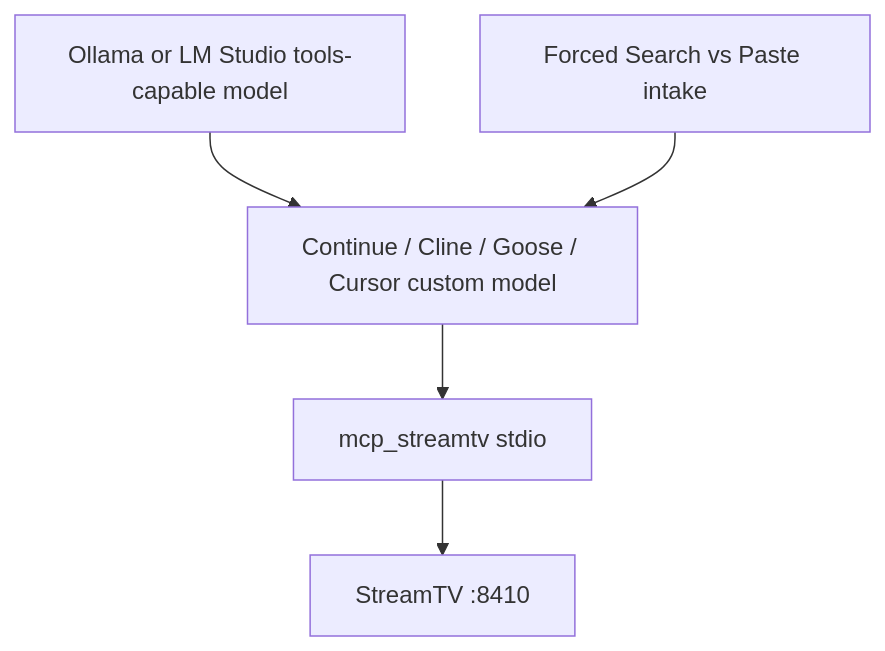
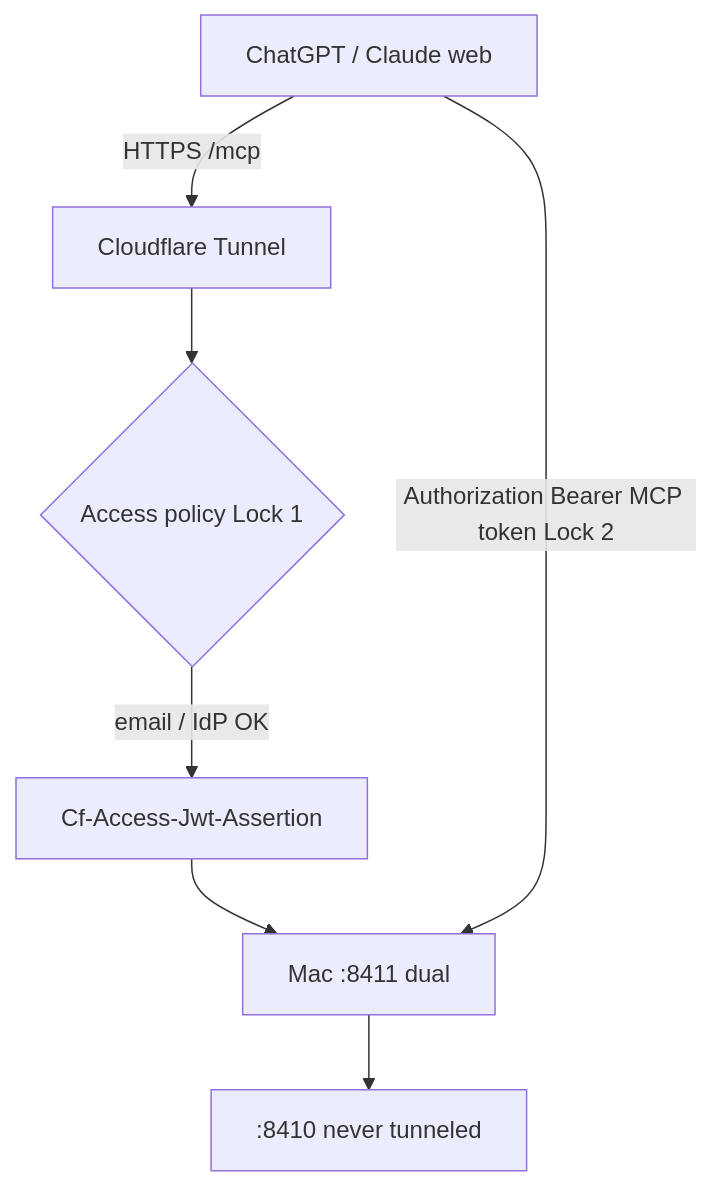
Before and after one commit to roto31/StreamTV: the eighth of 11 diagrams in docs/guides/CHANNEL_CREATOR_MCP_HOST_WIRING.md, drawn with Mermaid. The commit also changed other lines of this file and 8 other files, not shown here.

````diff
--- a/docs/guides/CHANNEL_CREATOR_MCP_HOST_WIRING.md
+++ b/docs/guides/CHANNEL_CREATOR_MCP_HOST_WIRING.md
@@ -313,7 +233,9 @@
 ```mermaid
 flowchart TD
-  Runtime["Ollama or LM Studio tools-capable model"] --> Client["Continue / Cline / Goose / Cursor custom model"]
-  Client --> MCP["mcp_streamtv stdio"]
-  MCP --> API["StreamTV :8410"]
-  Intake["Forced Search vs Paste intake"] --> Client
+  App["ChatGPT / Claude web"] -->|"HTTPS /mcp"| CF["Cloudflare Tunnel"]
+  CF --> Access{"Access policy Lock 1"}
+  Access -->|email / IdP OK| Edge["Cf-Access-Jwt-Assertion"]
+  Edge --> MCP["Mac :8411 dual"]
+  App -->|"Authorization Bearer MCP token Lock 2"| MCP
+  MCP --> API[":8410 never tunneled"]
 ```
````
